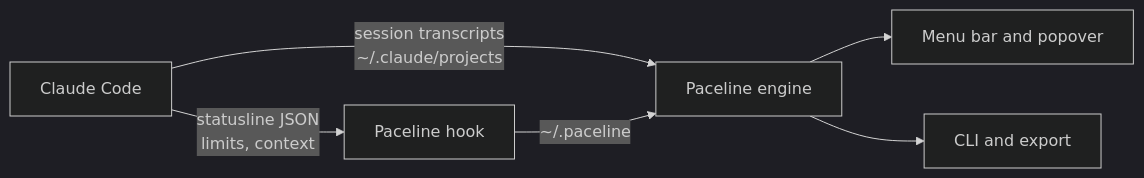
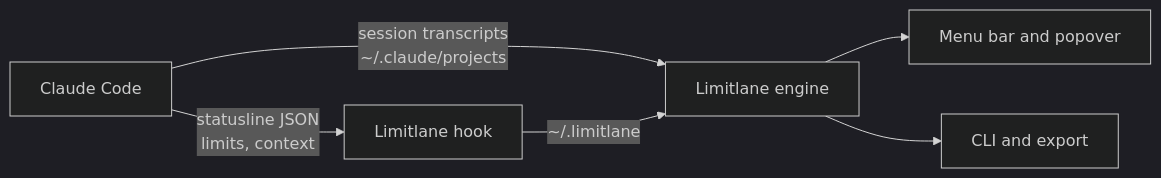
Before and after one commit to reginaldosilva27/limitlane: the diagram in README.md, drawn with Mermaid (dark theme). The commit also changed other lines of this file and 29 other files, not shown here.

First line of the commit message:
Rename to Limitlane; console CLI for the Windows hook

````diff
--- a/README.md
+++ b/README.md
@@ -116,8 +116,8 @@
 ```mermaid
 flowchart LR
-    CC[Claude Code] -- "statusline JSON<br>limits, context" --> H[Paceline hook]
+    CC[Claude Code] -- "statusline JSON<br>limits, context" --> H[Limitlane hook]
     CC -- "session transcripts<br>~/.claude/projects" --> E
-    H -- "~/.paceline" --> E[Paceline engine]
+    H -- "~/.limitlane" --> E[Limitlane engine]
     E --> M[Menu bar and popover]
     E --> C[CLI and export]
 ```
````
